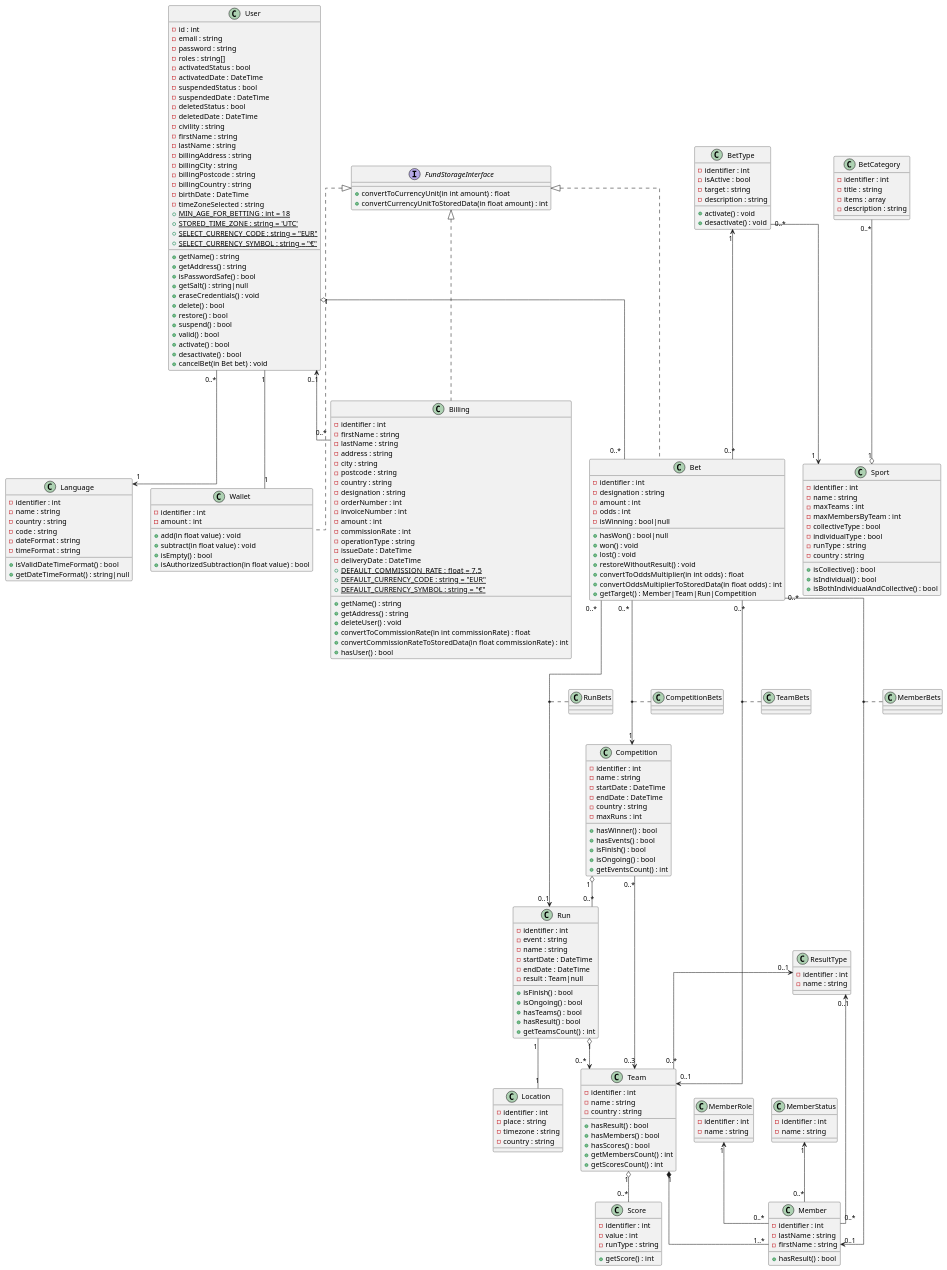
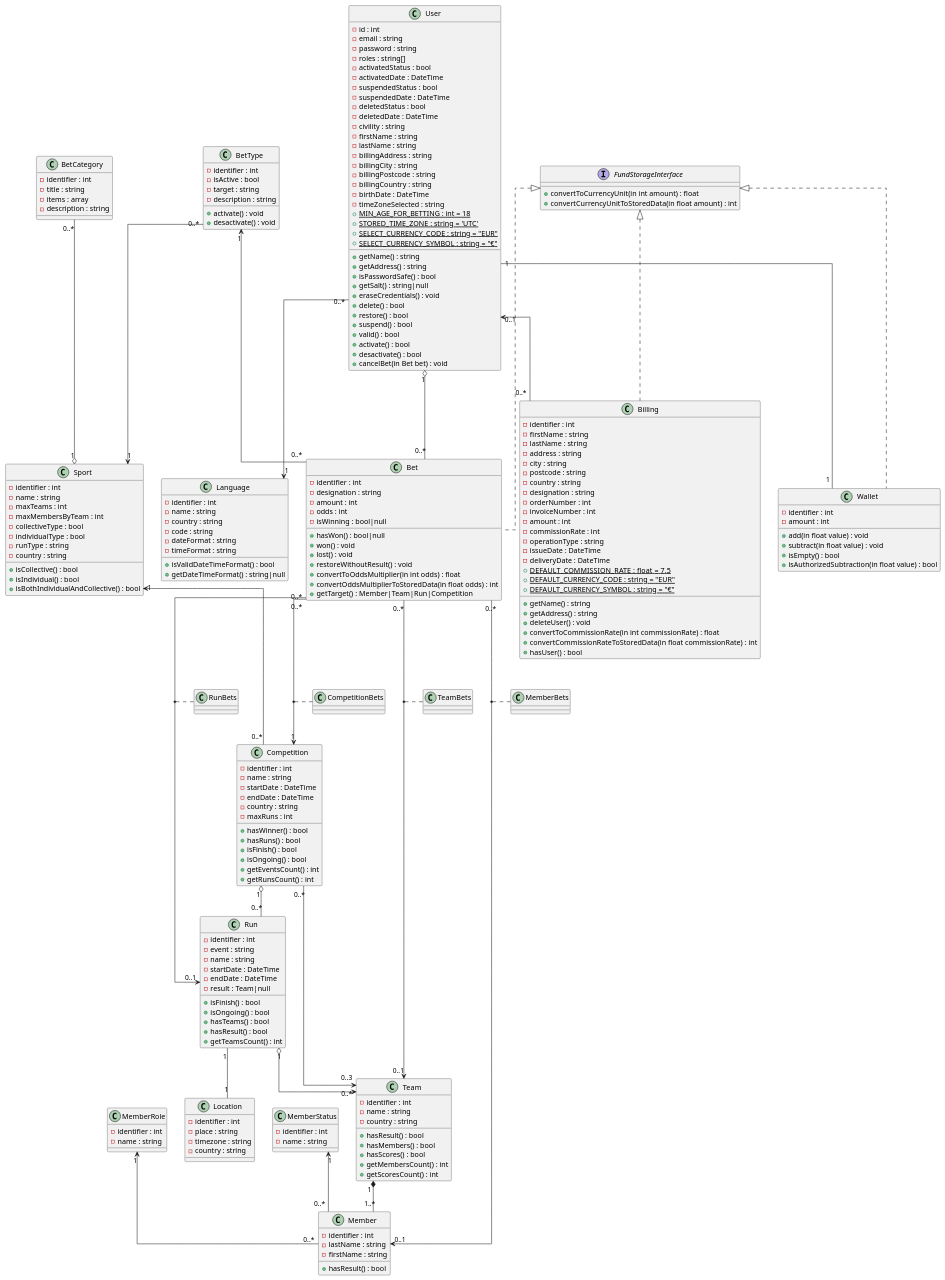
Before and after one commit to OFP-CDA-Mulhouse-2020/parisportif5: the diagram in docs/Uml/Diagramme_de_classe/Diagramme_de_classe.puml, drawn with PlantUML. The commit also changed 20 other files, not shown here.

```diff
--- a/docs/Uml/Diagramme_de_classe/Diagramme_de_classe.puml
+++ b/docs/Uml/Diagramme_de_classe/Diagramme_de_classe.puml
@@ -23,15 +23,17 @@
     'Une rencontre ou une course a un lieu
     Run "1" -- "1" Location
     'Une équipe a des scores (des matchs, des courses)
-    Team "1" o-- "0..*" Score
+    'Team "1" o-- "0..*" Score
     'Une rencontre ou une course a plusieurs équipes
     Run "1" o--> "0..*" Team
     'Une équipe a plusieurs membre
     Team "1" *-- "1..*" Member
+    'Une compétition a un sport
+    Sport "1" <-- "0..*" Competition
     'Une équipe a un résultat (gagnant, perdant) même dans le cas de sport individuel
-    ResultType "0..1" <-- "0..*" Team
+    'ResultType "0..1" <-- "0..*" Team
     'Un membre a un résultat dans le cas de sport individuel (gagnant, perdant)
-    ResultType "0..1" <-- "0..*" Member
+    'ResultType "0..1" <-- "0..*" Member
     'Un membre a un rôle (fonction) tel que pilote, joueur
     MemberRole "1" <-- "0..*" Member
     'Un membre a un status (blessé, titulaire)
@@ -75,10 +77,10 @@
         -name : string
     }
     'Type de résultat (gagnant, perdant, ex aequo)
-    class ResultType {
-        -identifier : int
-        -name : string
-    }
+    'class ResultType {
+    '    -identifier : int
+    '    -name : string
+    '}
     'Porte-feuille de l'utilisateur avec des fonds (de l'argent gagnés)
     class Wallet {
         -identifier : int
@@ -225,10 +227,11 @@
         -country : string
         -maxRuns : int
         +hasWinner() : bool
-        +hasEvents() : bool
+        +hasRuns() : bool
         +isFinish() : bool
         +isOngoing() : bool
         +getEventsCount() : int
+        +getRunsCount() : int
     }
     'Un match, une rencontre, une course
     class Run {
@@ -245,12 +248,12 @@
         +getTeamsCount() : int
     }
     'Score de l'équipe ou du membre de l'équipe
-    class Score {
-        -identifier : int
-        -value : int
-        -runType : string
-        +getScore() : int
-    }
+    'class Score {
+    '    -identifier : int
+    '    -value : int
+    '    -runType : string
+    '    +getScore() : int
+    '}
     'Joueur ou sportif ou pilote
     class Member {
         -identifier : int
```
